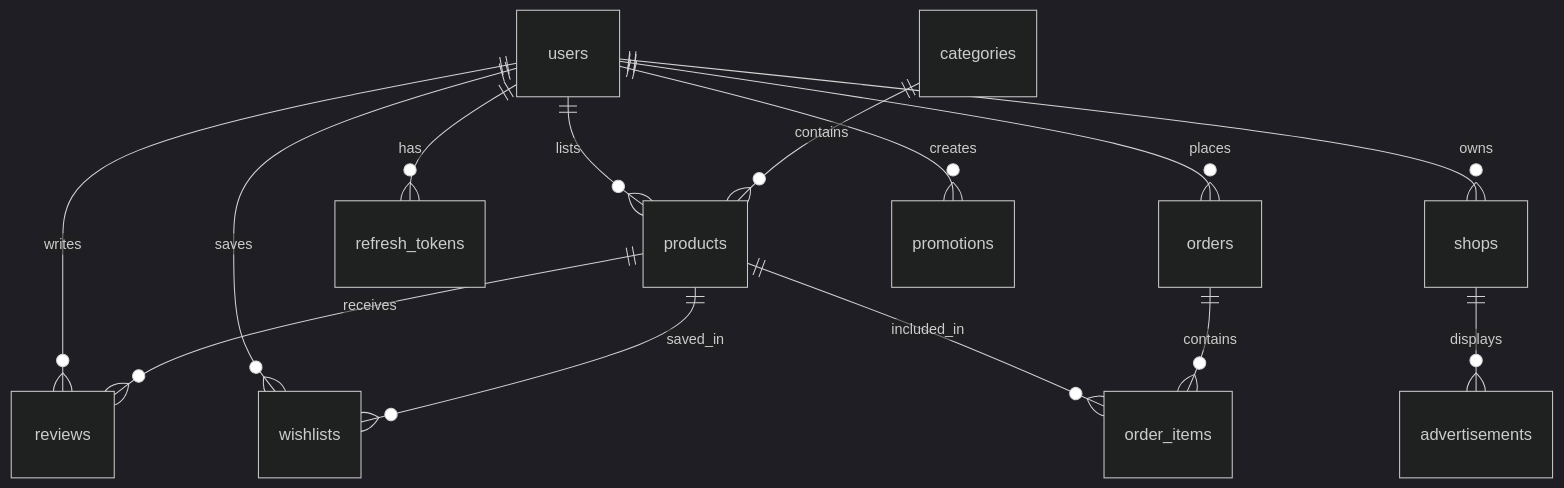
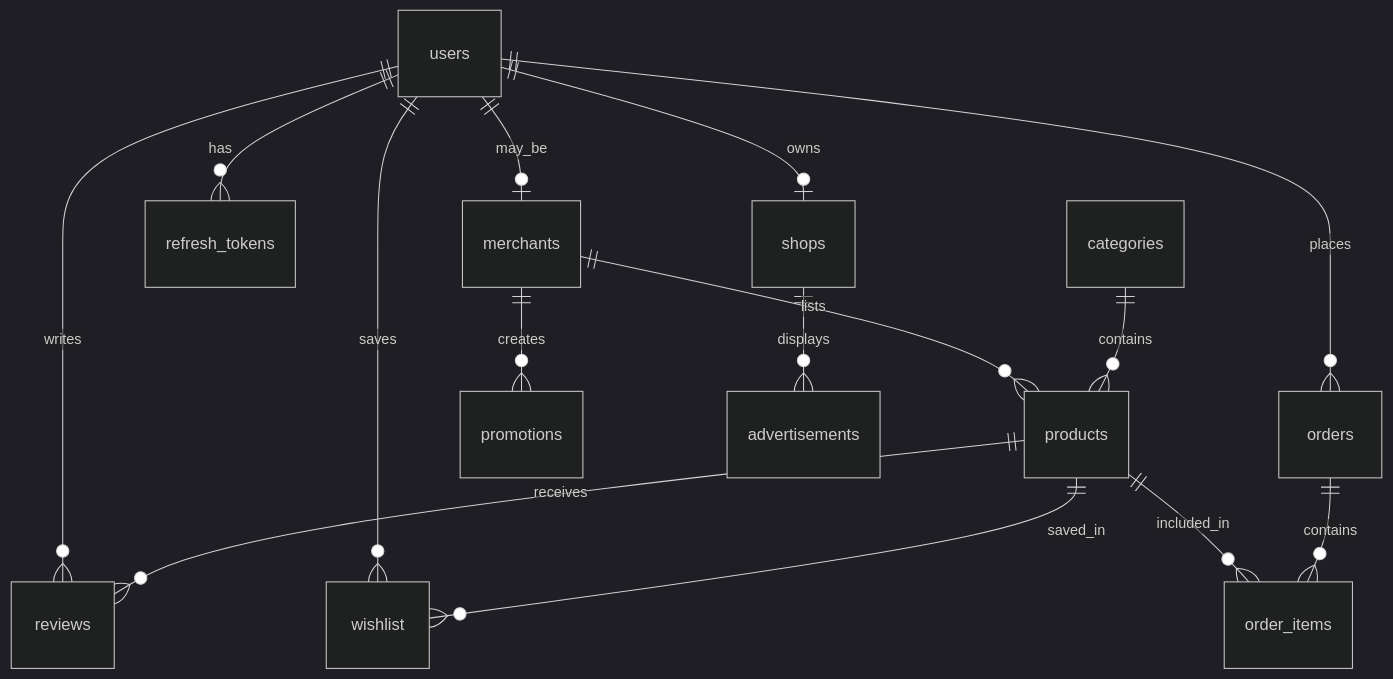
The second of 3 diagrams in docs/core-work/データベース設計書_DATABASE_SPEC.md (khaingthinthinwin-dev/skin-analysis), drawn with Mermaid (dark theme) before and after one commit. The commit also changed other lines of this file, not shown here.

````diff
--- a/docs/core-work/データベース設計書_DATABASE_SPEC.md
+++ b/docs/core-work/データベース設計書_DATABASE_SPEC.md
@@ -146,16 +149,17 @@
 ```mermaid
 erDiagram
-    users ||--o{ products : "lists"
+    users ||--o| merchants : "may_be"
     users ||--o{ reviews : "writes"
-    users ||--o{ wishlists : "saves"
+    users ||--o{ wishlist : "saves"
     users ||--o{ orders : "places"
     users ||--o{ refresh_tokens : "has"
-    users ||--o{ shops : "owns"
-    users ||--o{ promotions : "creates"
+    users ||--o| shops : "owns"
+    merchants ||--o{ products : "lists"
+    merchants ||--o{ promotions : "creates"
     categories ||--o{ products : "contains"
     products ||--o{ reviews : "receives"
-    products ||--o{ wishlists : "saved_in"
+    products ||--o{ wishlist : "saved_in"
     products ||--o{ order_items : "included_in"
     orders ||--o{ order_items : "contains"
     shops ||--o{ advertisements : "displays"
 ```
````
